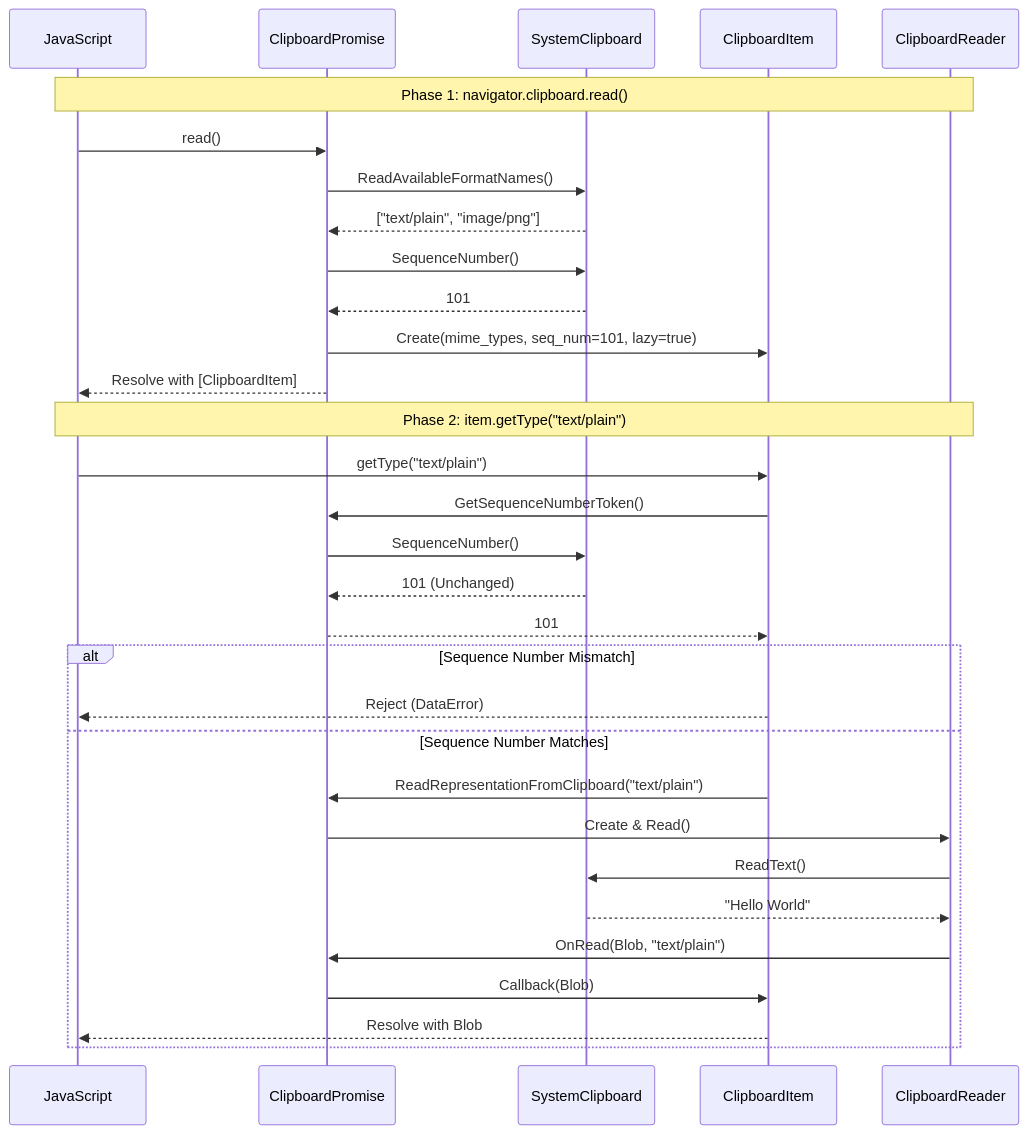
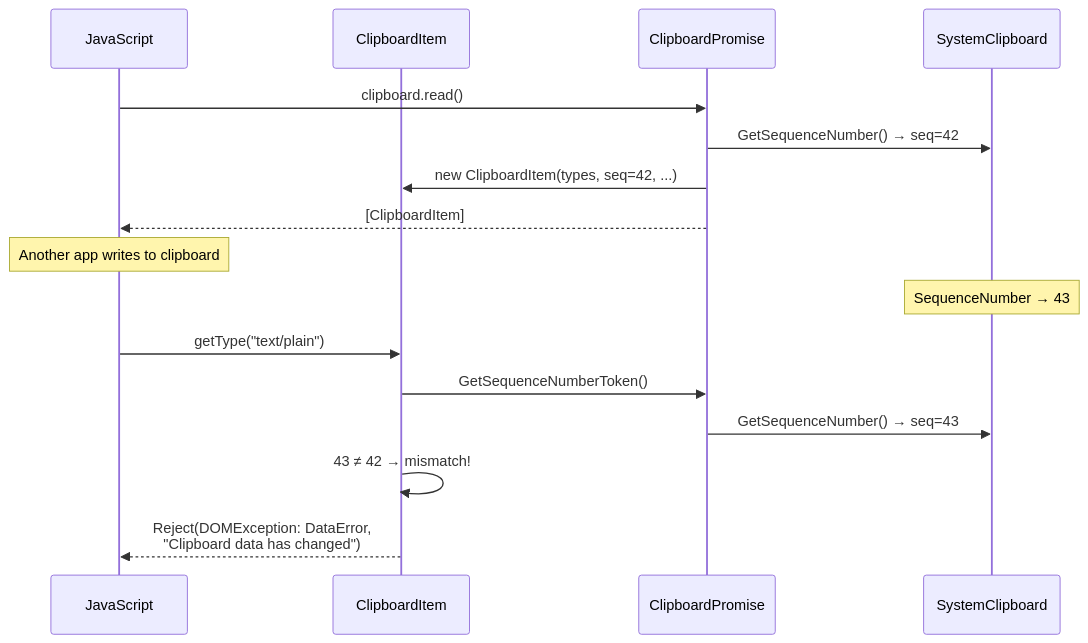
One commit to roraja/cr-llm-docs changed the third of 3 diagrams in fixes/cl-6978530-20260221/hld.md. Above: the diagram before and after it, drawn with Mermaid. The commit also changed other lines of this file, not shown here.

````diff
--- a/fixes/cl-6978530-20260221/hld.md
+++ b/fixes/cl-6978530-20260221/hld.md
@@ -394,36 +183,21 @@
 ```mermaid
 sequenceDiagram
     participant JS as JavaScript
+    participant CI as ClipboardItem
     participant CP as ClipboardPromise
     participant SC as SystemClipboard
-    participant CI as ClipboardItem
-    participant CR as ClipboardReader
 
-    Note over JS, CR: Phase 1: navigator.clipboard.read()
-    JS->>CP: read()
-    CP->>SC: ReadAvailableFormatNames()
-    SC-->>CP: ["text/plain", "image/png"]
-    CP->>SC: SequenceNumber()
-    SC-->>CP: 101
-    CP->>CI: Create(mime_types, seq_num=101, lazy=true)
-    CP-->>JS: Resolve with [ClipboardItem]
+    JS->>CP: clipboard.read()
+    CP->>SC: GetSequenceNumber() → seq=42
+    CP->>CI: new ClipboardItem(types, seq=42, ...)
+    CP-->>JS: [ClipboardItem]
 
-    Note over JS, CR: Phase 2: item.getType("text/plain")
+    Note over JS: Another app writes to clipboard
+    Note over SC: SequenceNumber → 43
+
     JS->>CI: getType("text/plain")
     CI->>CP: GetSequenceNumberToken()
-    CP->>SC: SequenceNumber()
-    SC-->>CP: 101 (Unchanged)
-    CP-->>CI: 101
-    
-    alt Sequence Number Mismatch
-        CI-->>JS: Reject (DataError)
-    else Sequence Number Matches
-        CI->>CP: ReadRepresentationFromClipboard("text/plain")
-        CP->>CR: Create & Read()
-        CR->>SC: ReadText()
-        SC-->>CR: "Hello World"
-        CR->>CP: OnRead(Blob, "text/plain")
-        CP->>CI: Callback(Blob)
-        CI-->>JS: Resolve with Blob
-    end
+    CP->>SC: GetSequenceNumber() → seq=43
+    CI->>CI: 43 ≠ 42 → mismatch!
+    CI-->>JS: Reject(DOMException: DataError,<br/>"Clipboard data has changed")
 ```
````
